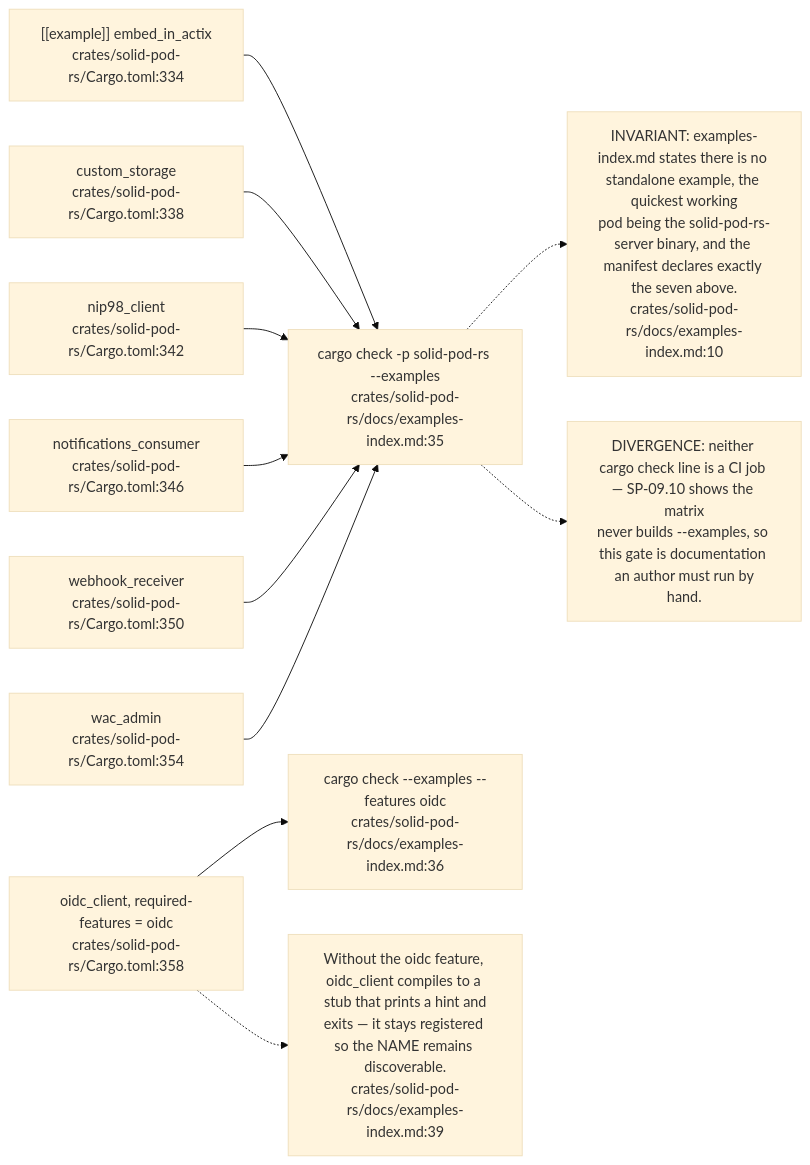
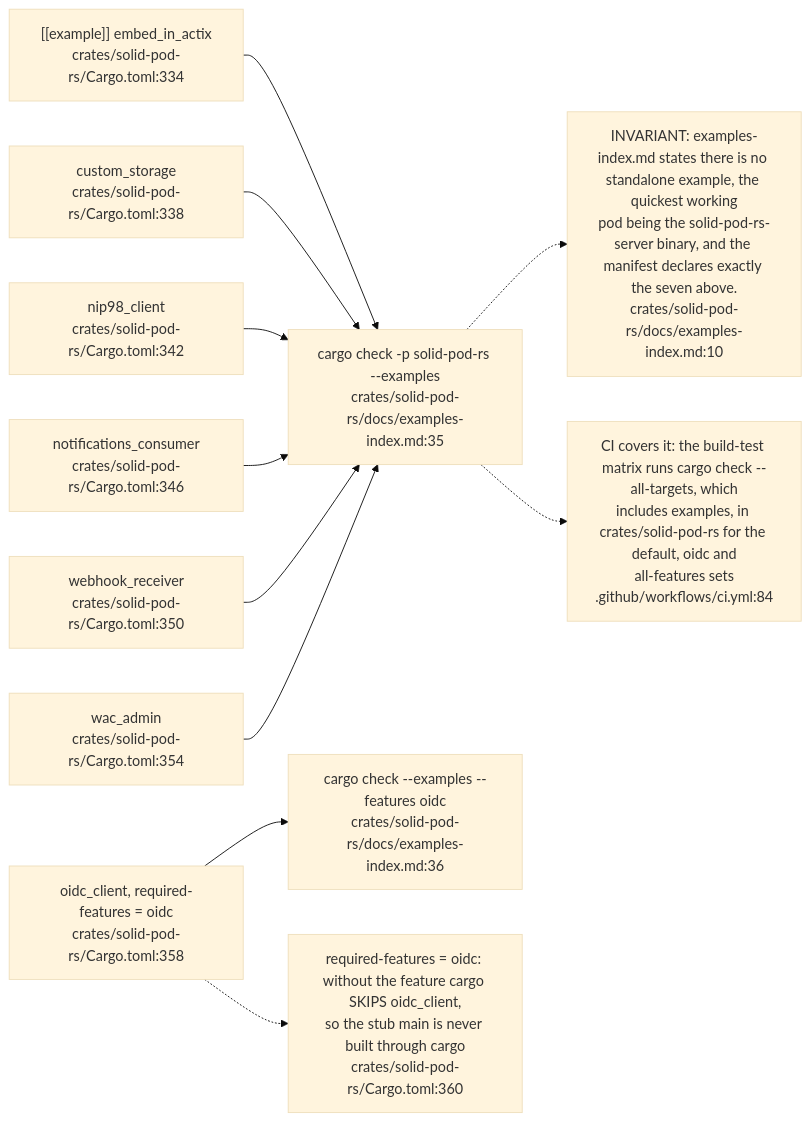
Before and after one commit to DreamLab-AI/VisionFlow: diagram 12 of 12 in docs/diagrams/solid-pod-rs/01-workspace-composition.md, drawn with Mermaid (base theme). The commit also changed other lines of this file and 47 other files, not shown here.

````diff
--- a/docs/diagrams/solid-pod-rs/01-workspace-composition.md
+++ b/docs/diagrams/solid-pod-rs/01-workspace-composition.md
@@ -346,27 +363,27 @@
 ```mermaid
 flowchart LR
     D1["[[example]] embed_in_actix<br/>crates/solid-pod-rs/Cargo.toml:334"]
     D2["custom_storage<br/>crates/solid-pod-rs/Cargo.toml:338"]
     D3["nip98_client<br/>crates/solid-pod-rs/Cargo.toml:342"]
     D4["notifications_consumer<br/>crates/solid-pod-rs/Cargo.toml:346"]
     D5["webhook_receiver<br/>crates/solid-pod-rs/Cargo.toml:350"]
     D6["wac_admin<br/>crates/solid-pod-rs/Cargo.toml:354"]
     D7["oidc_client, required-features = oidc<br/>crates/solid-pod-rs/Cargo.toml:358"]
     C1["cargo check -p solid-pod-rs --examples<br/>crates/solid-pod-rs/docs/examples-index.md:35"]
     C2["cargo check --examples --features oidc<br/>crates/solid-pod-rs/docs/examples-index.md:36"]
 
     D1 --> C1
     D2 --> C1
     D3 --> C1
     D4 --> C1
     D5 --> C1
     D6 --> C1
     D7 --> C2
 
-    N["Without the oidc feature, oidc_client compiles to a stub that prints a hint and<br/>exits — it stays registered so the NAME remains discoverable.<br/>crates/solid-pod-rs/docs/examples-index.md:39"]
+    N["required-features = oidc: without the feature cargo SKIPS oidc_client,<br/>so the stub main is never built through cargo<br/>crates/solid-pod-rs/Cargo.toml:360"]
     D7 -.-> N
     N2["INVARIANT: examples-index.md states there is no standalone example, the quickest working<br/>pod being the solid-pod-rs-server binary, and the manifest declares exactly the seven above.<br/>crates/solid-pod-rs/docs/examples-index.md:10"]
     C1 -.-> N2
-    N3["DIVERGENCE: neither cargo check line is a CI job — SP-09.10 shows the matrix<br/>never builds --examples, so this gate is documentation an author must run by<br/>hand."]
+    N3["CI covers it: the build-test matrix runs cargo check --all-targets, which<br/>includes examples, in crates/solid-pod-rs for the default, oidc and<br/>all-features sets<br/>.github/workflows/ci.yml:84"]
     C1 -.-> N3
 ```
````
